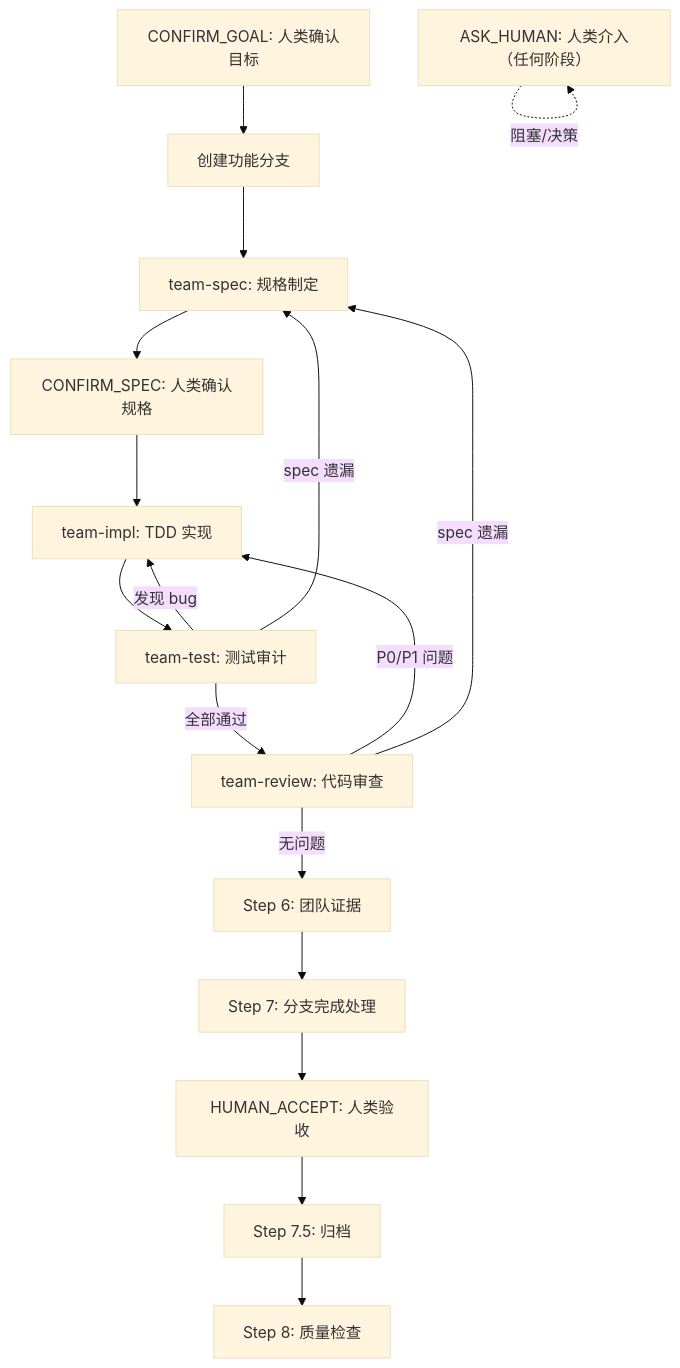
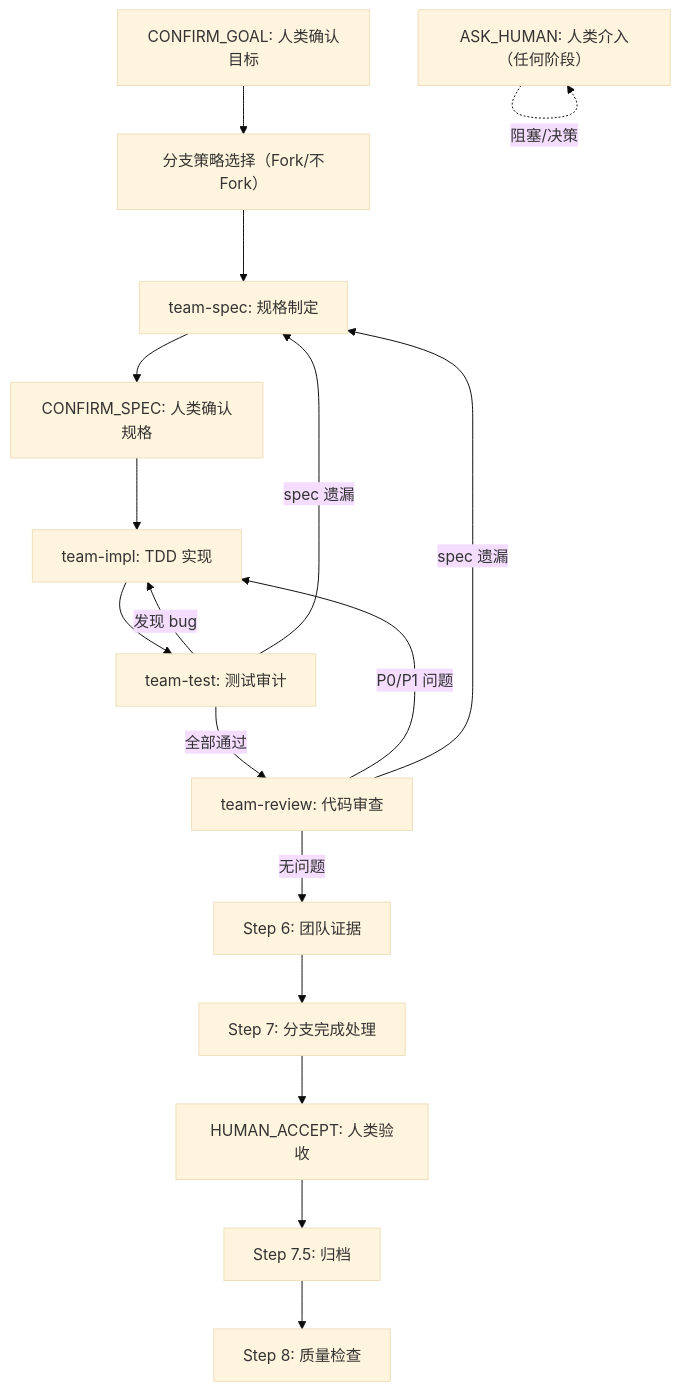
The diagram in skills/team-orchestrator/SKILL.md (andeya/team-skills), drawn with Mermaid (base theme) before and after one commit. The commit also changed other lines of this file and 4 other files, not shown here.

````diff
--- a/skills/team-orchestrator/SKILL.md
+++ b/skills/team-orchestrator/SKILL.md
@@ -12,19 +12,19 @@
 ```mermaid
 flowchart TD
-    CONFIRM_GOAL["CONFIRM_GOAL: 人类确认目标"] --> branch["创建功能分支"]
+    CONFIRM_GOAL["CONFIRM_GOAL: 人类确认目标"] --> branch["分支策略选择（Fork/不Fork）"]
     branch --> team-spec["team-spec: 规格制定"]
     team-spec --> CONFIRM_SPEC["CONFIRM_SPEC: 人类确认规格"]
     CONFIRM_SPEC --> team-impl["team-impl: TDD 实现"]
     team-impl --> team-test["team-test: 测试审计"]
     team-test -->|"发现 bug"| team-impl
     team-test -->|"spec 遗漏"| team-spec
     team-test -->|"全部通过"| team-review["team-review: 代码审查"]
     team-review -->|"P0/P1 问题"| team-impl
     team-review -->|"spec 遗漏"| team-spec
     team-review -->|"无问题"| teamEvidence["Step 6: 团队证据"]
     teamEvidence --> finish["Step 7: 分支完成处理"]
     finish --> HUMAN_ACCEPT["HUMAN_ACCEPT: 人类验收"]
     HUMAN_ACCEPT --> archive["Step 7.5: 归档"]
     archive --> qualityCheck["Step 8: 质量检查"]
     ASK_HUMAN["ASK_HUMAN: 人类介入（任何阶段）"] -.->|"阻塞/决策"| ASK_HUMAN
 ```
````
